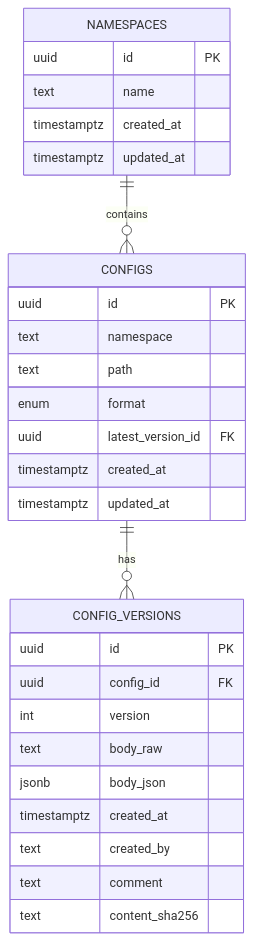
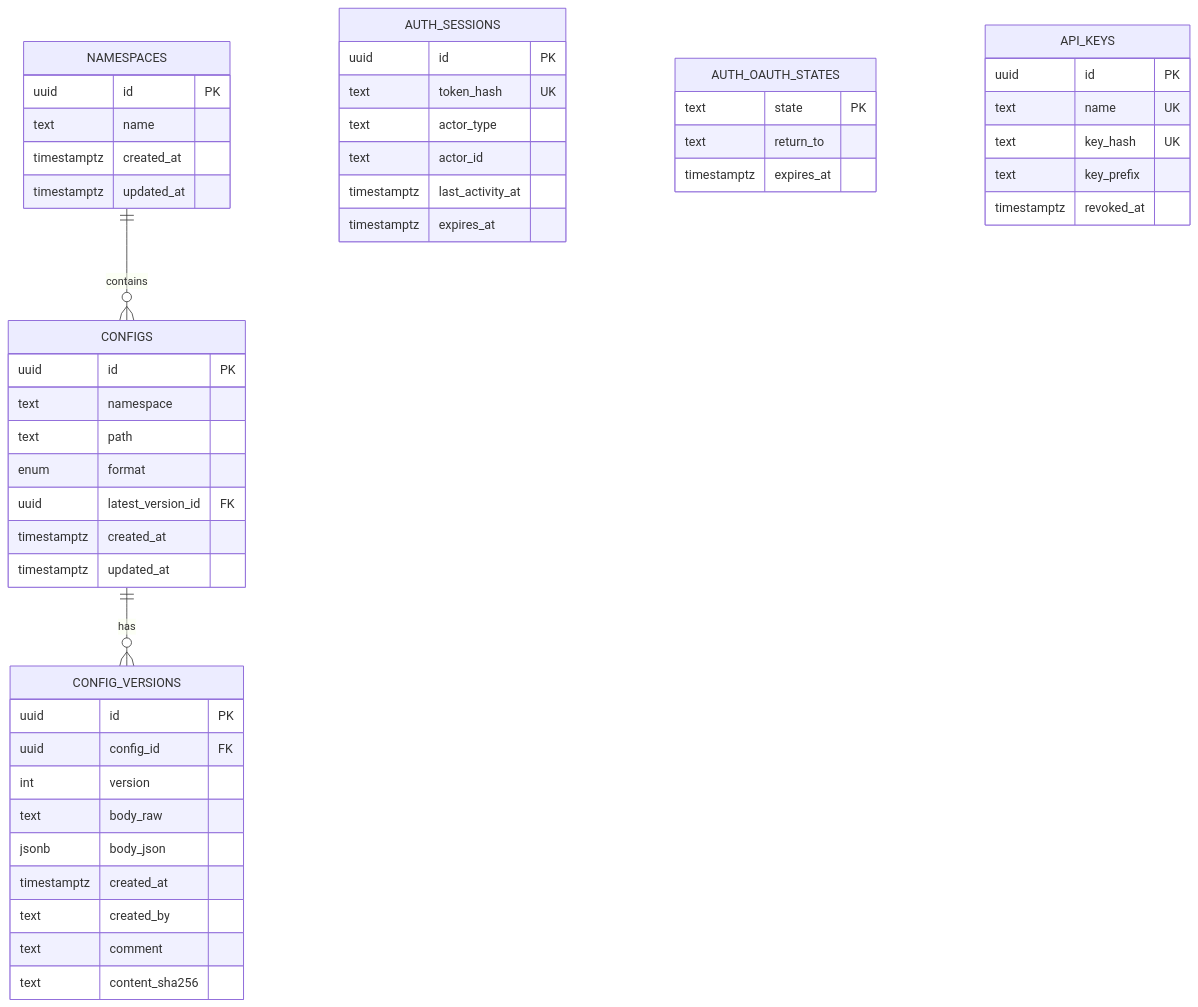
One commit to arverma/config-manager changed the second of 6 diagrams in docs/architecture.md. Above: the diagram before and after it, drawn with Mermaid. The commit also changed other lines of this file and 2 other files, not shown here.

Commit message:
Updated the openAPI info.version: 0.2.0

````diff
--- a/docs/architecture.md
+++ b/docs/architecture.md
@@ -49,34 +59,57 @@
 ```mermaid
 erDiagram
   NAMESPACES ||--o{ CONFIGS : contains
   CONFIGS ||--o{ CONFIG_VERSIONS : has
 
   NAMESPACES {
     uuid id PK
     text name
     timestamptz created_at
     timestamptz updated_at
   }
 
   CONFIGS {
     uuid id PK
     text namespace
     text path
     enum format
     uuid latest_version_id FK
     timestamptz created_at
     timestamptz updated_at
   }
 
   CONFIG_VERSIONS {
     uuid id PK
     uuid config_id FK
     int version
     text body_raw
     jsonb body_json
     timestamptz created_at
     text created_by
     text comment
     text content_sha256
   }
+
+  AUTH_SESSIONS {
+    uuid id PK
+    text token_hash UK
+    text actor_type
+    text actor_id
+    timestamptz last_activity_at
+    timestamptz expires_at
+  }
+
+  AUTH_OAUTH_STATES {
+    text state PK
+    text return_to
+    timestamptz expires_at
+  }
+
+  API_KEYS {
+    uuid id PK
+    text name UK
+    text key_hash UK
+    text key_prefix
+    timestamptz revoked_at
+  }
 ```
````
